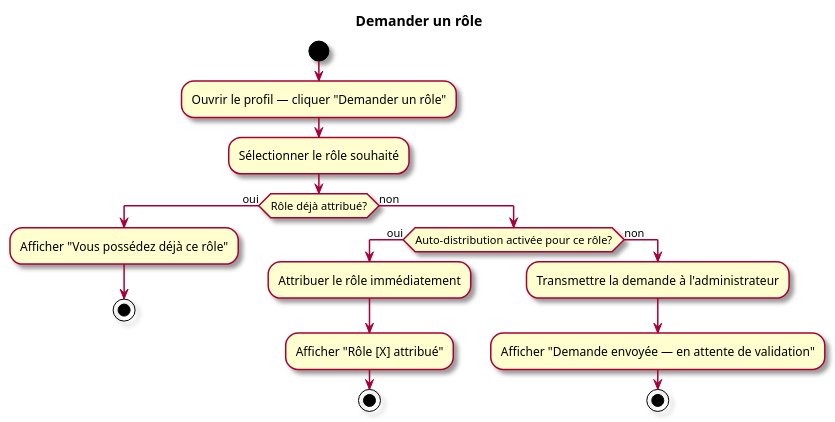
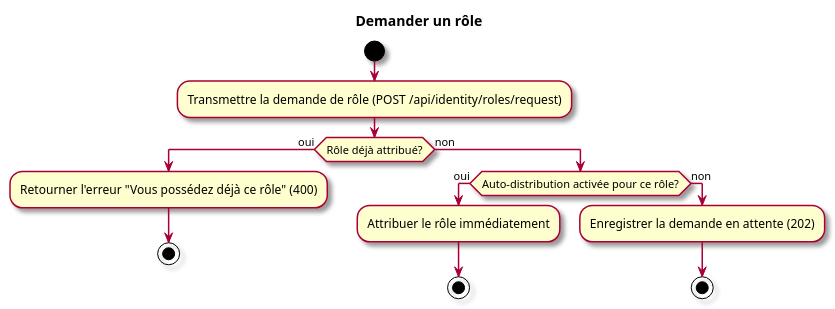
Before and after one commit to olivaux/myr: the second of 2 diagrams in specs/1-Expression/UCA-Compte_et_Acces/UCA08.md, drawn with PlantUML. The commit also changed other lines of this file and 65 other files, not shown here.

````diff
--- a/specs/1-Expression/UCA-Compte_et_Acces/UCA08.md
+++ b/specs/1-Expression/UCA-Compte_et_Acces/UCA08.md
@@ -72,23 +70,20 @@
 ```plantuml
 @startuml
 skin rose
 title Demander un rôle
 start
-:Ouvrir le profil — cliquer "Demander un rôle";
-:Sélectionner le rôle souhaité;
+:Transmettre la demande de rôle (POST /api/identity/roles/request);
 if (Rôle déjà attribué?) then (oui)
-  :Afficher "Vous possédez déjà ce rôle";
+  :Retourner l'erreur "Vous possédez déjà ce rôle" (400);
   stop
 else (non)
   if (Auto-distribution activée pour ce rôle?) then (oui)
     :Attribuer le rôle immédiatement;
-    :Afficher "Rôle [X] attribué";
     stop
   else (non)
-    :Transmettre la demande à l'administrateur;
-    :Afficher "Demande envoyée — en attente de validation";
+    :Enregistrer la demande en attente (202);
     stop
   endif
 endif
 @enduml
 ```
````
